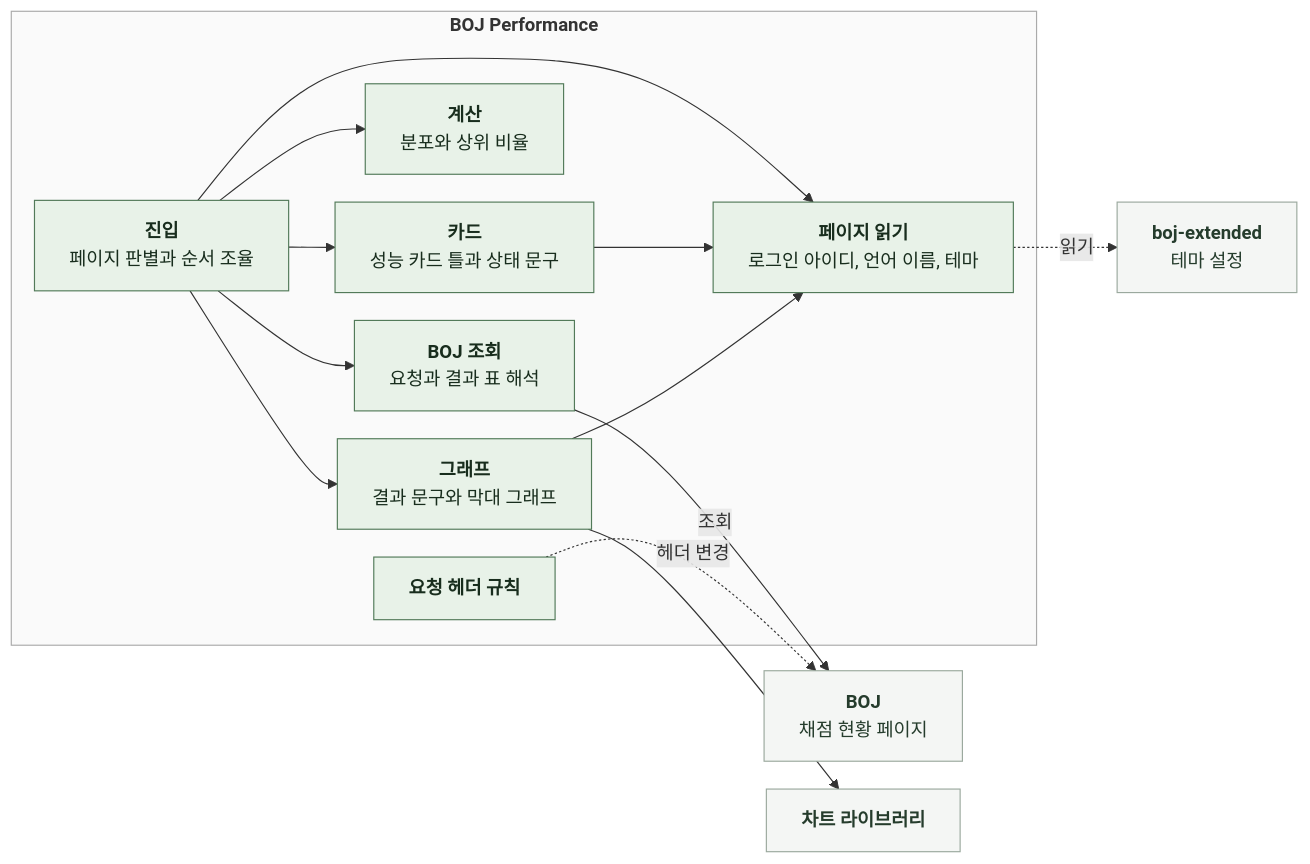
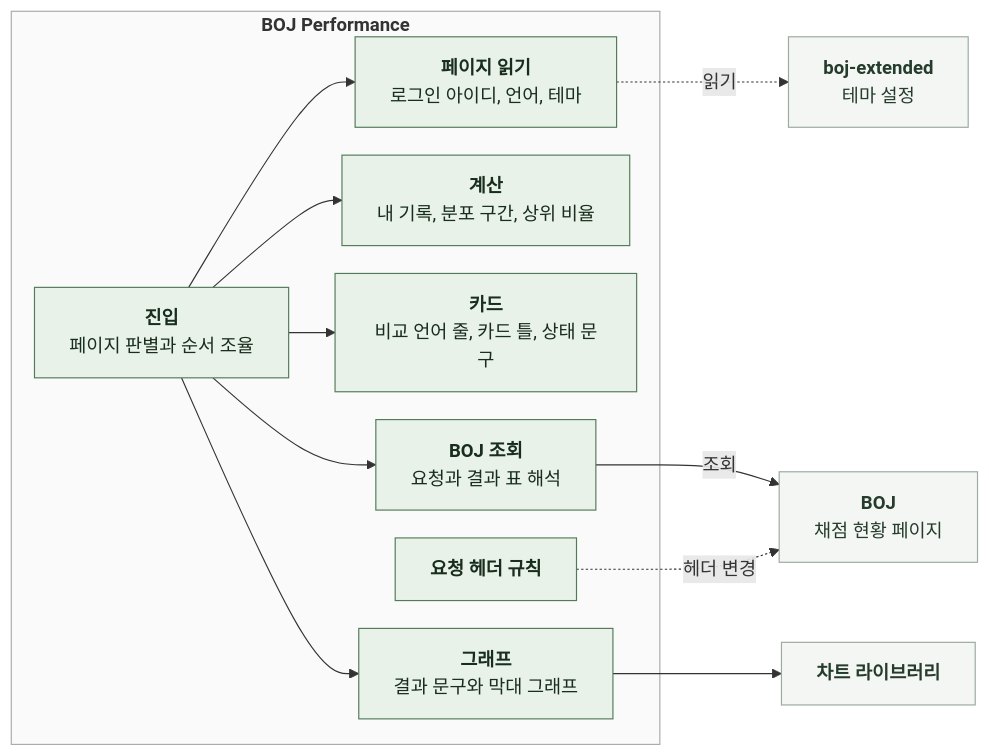
One commit to kangkyunghyun/boj-performance changed the diagram in docs/spec/4-2-COMPONENT-ARCHITECTURE.md. Above: the diagram before and after it, drawn with Mermaid. The commit also changed other lines of this file and 13 other files, not shown here.

````diff
--- a/docs/spec/4-2-COMPONENT-ARCHITECTURE.md
+++ b/docs/spec/4-2-COMPONENT-ARCHITECTURE.md
@@ -9,40 +9,38 @@
 ```mermaid
 %%{init: {"flowchart": {"curve": "basis", "nodeSpacing": 24, "rankSpacing": 40}}}%%
 flowchart LR
     subgraph EXT["`**BOJ Performance**`"]
         E["`**진입**
 페이지 판별과 순서 조율`"]
         Q["`**BOJ 조회**
 요청과 결과 표 해석`"]
         C["`**계산**
-분포와 상위 비율`"]
+내 기록, 분포 구간, 상위 비율`"]
         K["`**카드**
-성능 카드 틀과 상태 문구`"]
+비교 언어 줄, 카드 틀, 상태 문구`"]
         G["`**그래프**
 결과 문구와 막대 그래프`"]
         P["`**페이지 읽기**
-로그인 아이디, 언어 이름, 테마`"]
+로그인 아이디, 언어, 테마`"]
         R["`**요청 헤더 규칙**`"]
     end
     B["`**BOJ**
 채점 현황 페이지`"]
     X["`**boj-extended**
 테마 설정`"]
     L["`**차트 라이브러리**`"]
     E --> P
     E --> Q
     E --> C
     E --> K
     E --> G
-    K --> P
-    G --> P
     G --> L
     Q -->|조회| B
     R -.->|헤더 변경| B
     P -.->|읽기| X
     classDef comp fill:#E8F2E8,stroke:#527A59,color:#182D1D
     classDef ext fill:#F4F6F4,stroke:#9BA99E,color:#253C2C
     class E,Q,C,K,G,P,R comp
     class B,X,L ext
     style EXT fill:#FAFAFA,stroke:#AAAAAA
 ```
````
